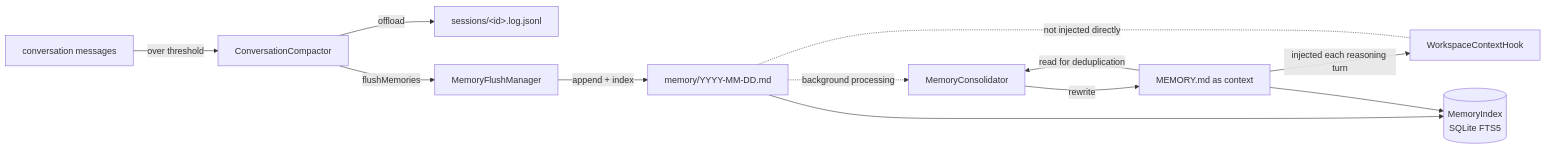
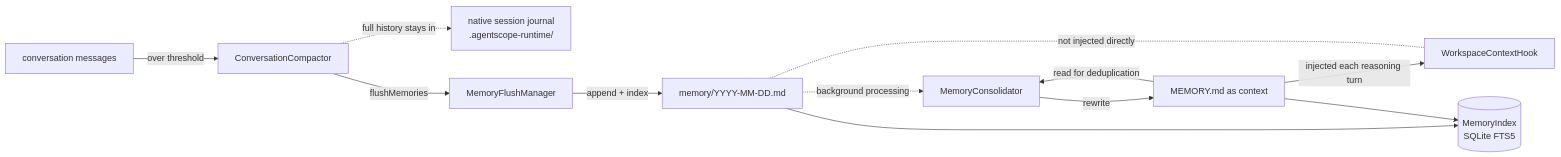
Before and after one commit to nexora-dev200/agentscope-java: the diagram in docs/v1/en/docs/harness/memory.md, drawn with Mermaid. The commit also changed other lines of this file and 7 other files, not shown here.

Commit message:
docs(harness): correct session log claims after the native journal redesign (#3561)

````diff
--- a/docs/v1/en/docs/harness/memory.md
+++ b/docs/v1/en/docs/harness/memory.md
@@ -24,14 +24,14 @@
 ```mermaid
 graph LR
     Conv[conversation messages] -->|over threshold| Compactor[ConversationCompactor]
-    Compactor -->|offload| Sess[sessions/&lt;id&gt;.log.jsonl]
+    Compactor -. full history stays in .-> Sess[native session journal<br/>.agentscope-runtime/]
     Compactor -->|flushMemories| Flush[MemoryFlushManager]
     Flush -->|append + index| Daily[memory/YYYY-MM-DD.md]
     Daily -. background processing .-> Cons[MemoryConsolidator]
     MEM[MEMORY.md as context] -->|read for deduplication| Cons
     Cons -->|rewrite| MEM
     MEM -->|injected each reasoning turn| Hook[WorkspaceContextHook]
     Daily -.not injected directly.- Hook
     Daily --> Idx[(MemoryIndex<br/>SQLite FTS5)]
     MEM --> Idx
 ```
````
